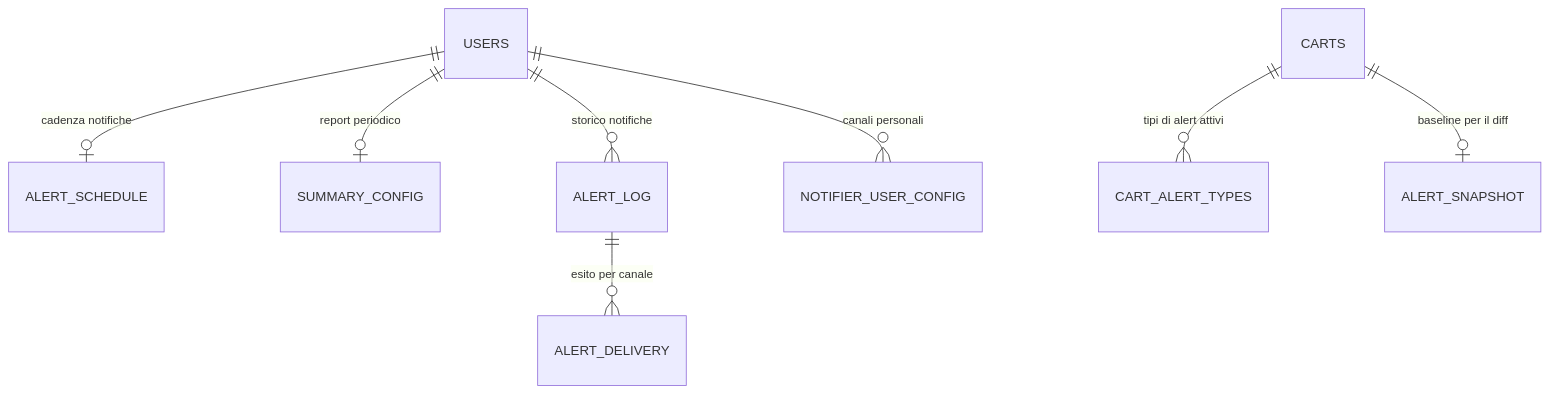
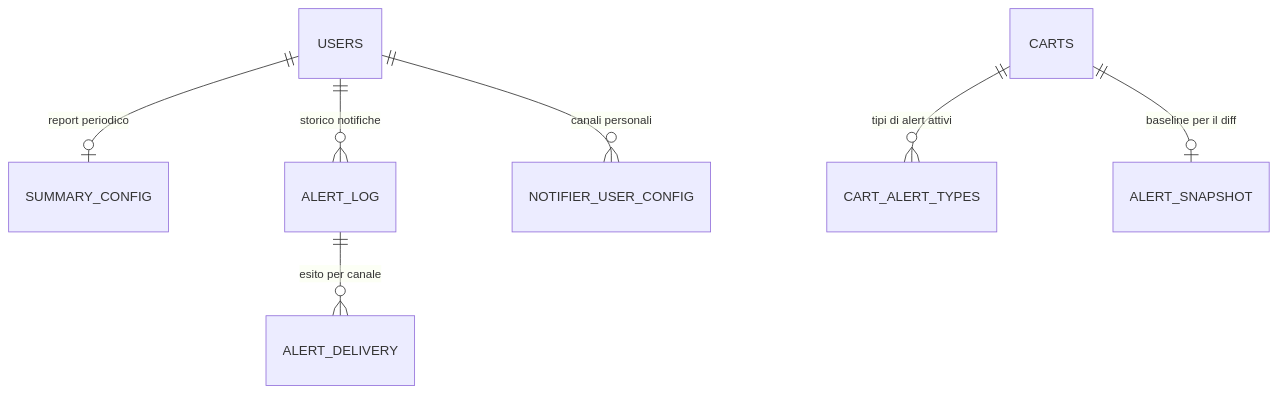
The diagram in docs-ita/2-architecture/data-and-multitenancy.md (caporalesimone/watch-em-all), drawn with Mermaid before and after one commit. The commit also changed other lines of this file and 34 other files, not shown here.

````diff
--- a/docs-ita/2-architecture/data-and-multitenancy.md
+++ b/docs-ita/2-architecture/data-and-multitenancy.md
@@ -9,10 +9,9 @@
 ```mermaid
 erDiagram
-    USERS ||--o| ALERT_SCHEDULE : "cadenza notifiche"
     USERS ||--o| SUMMARY_CONFIG : "report periodico"
     USERS ||--o{ ALERT_LOG : "storico notifiche"
     ALERT_LOG ||--o{ ALERT_DELIVERY : "esito per canale"
     USERS ||--o{ NOTIFIER_USER_CONFIG : "canali personali"
     CARTS ||--o{ CART_ALERT_TYPES : "tipi di alert attivi"
     CARTS ||--o| ALERT_SNAPSHOT : "baseline per il diff"
 ```
````
